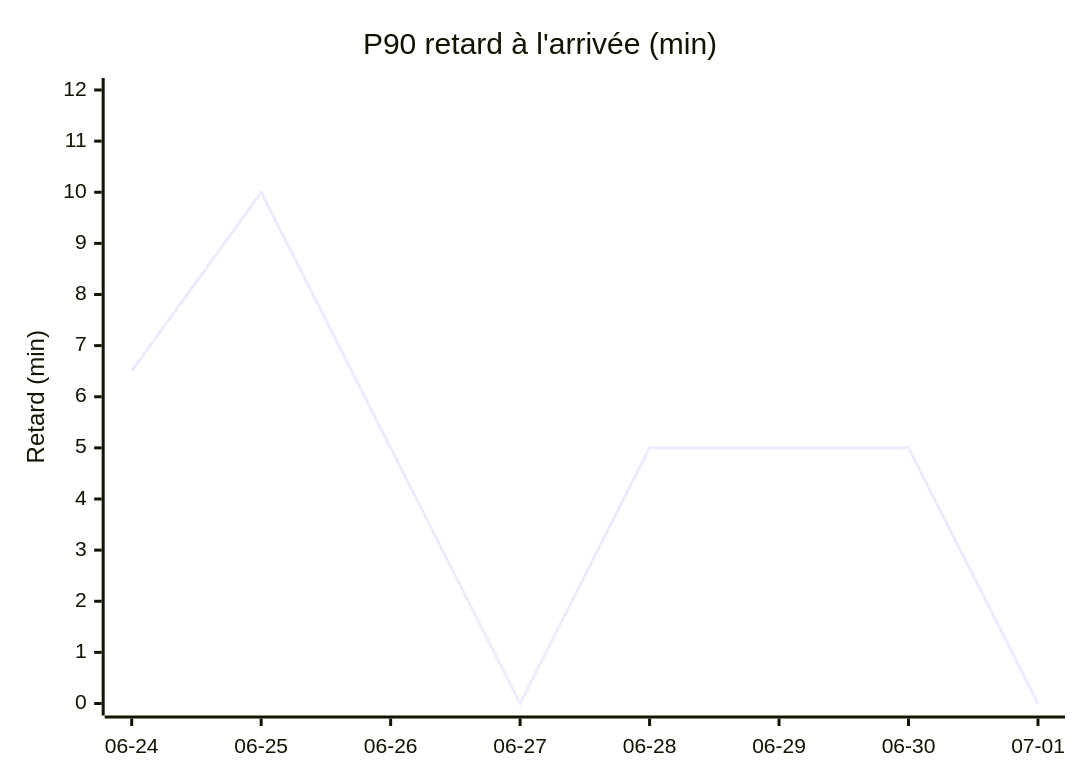
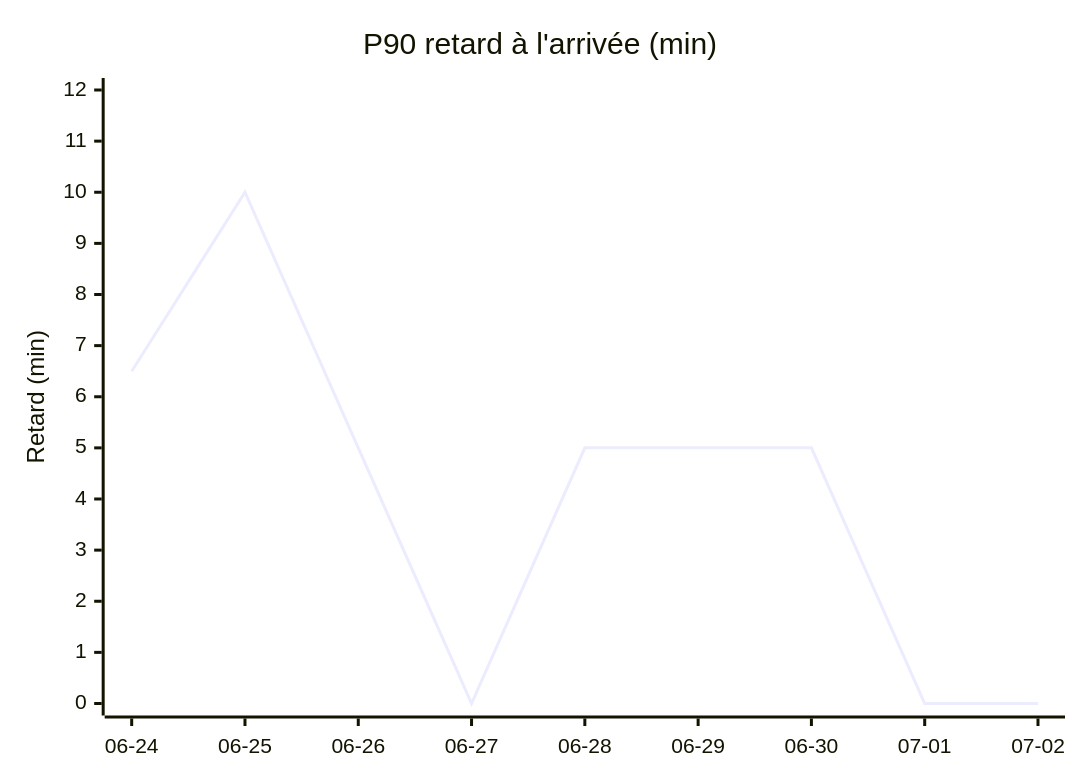
The first of 4 diagrams in STATS.md (antoinerep/horaire-ter), drawn with Mermaid before and after one commit. The commit also changed other lines of this file and 1 other file, not shown here.

````diff
--- a/STATS.md
+++ b/STATS.md
@@ -29,7 +29,7 @@
 ```mermaid
 xychart-beta
     title "P90 retard à l'arrivée (min)"
-    x-axis ["06-24", "06-25", "06-26", "06-27", "06-28", "06-29", "06-30", "07-01"]
+    x-axis ["06-24", "06-25", "06-26", "06-27", "06-28", "06-29", "06-30", "07-01", "07-02"]
     y-axis "Retard (min)" 0 --> 12
-    line [6.5, 10.0, 5.0, 0.0, 5.0, 5.0, 5.0, 0.0]
+    line [6.5, 10.0, 5.0, 0.0, 5.0, 5.0, 5.0, 0.0, 0.0]
 ```
````
